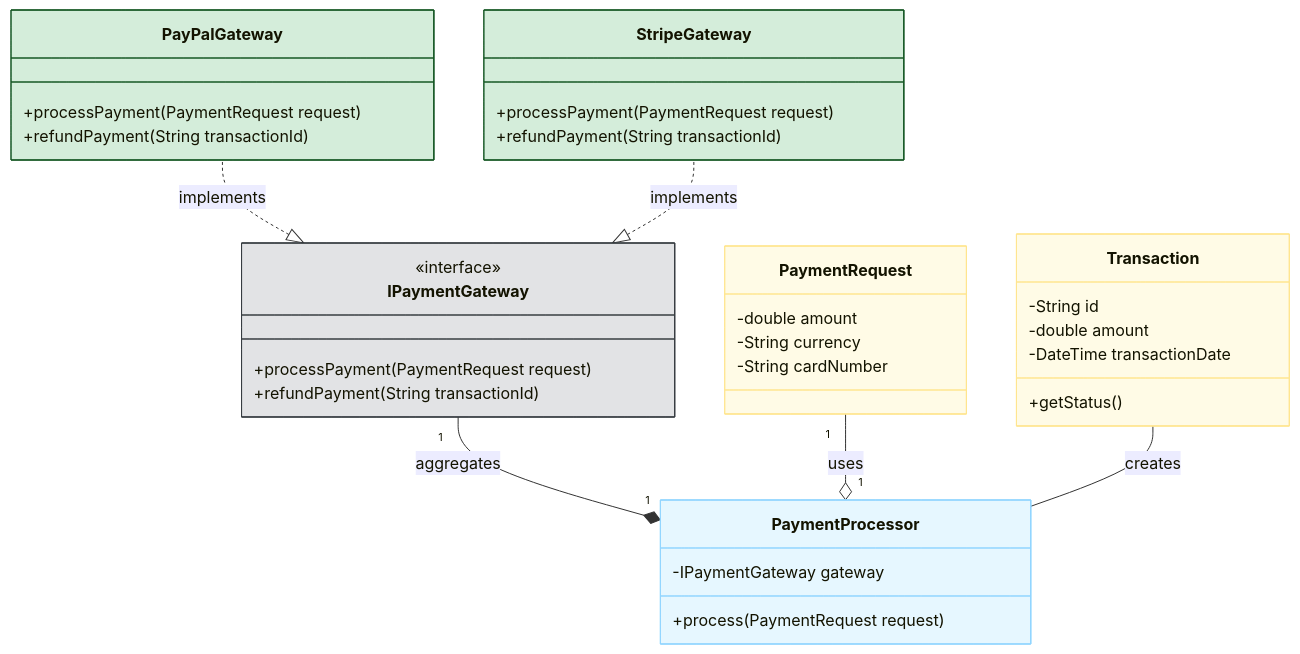
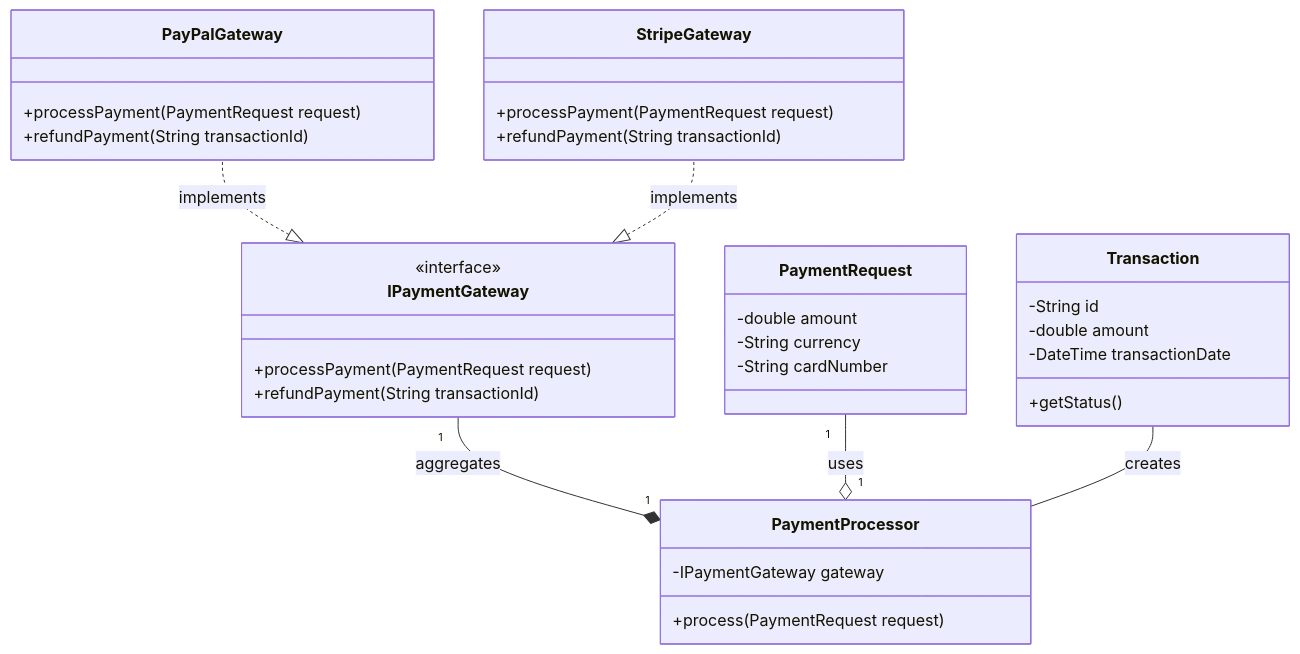
The second of 6 diagrams in docs/software-modeling/structural-modeling.md (sujith-eag/sujith-library), drawn with Mermaid before and after one commit. The commit also changed other lines of this file and 41 other files, not shown here.

First line of the commit message:
Refactor diagrams and remove redundant styles in documentation

````diff
--- a/docs/software-modeling/structural-modeling.md
+++ b/docs/software-modeling/structural-modeling.md
@@ -47,51 +47,44 @@
 ```mermaid
 classDiagram
     direction BT
 
     class IPaymentGateway {
         <<interface>>
         +processPayment(PaymentRequest request)
         +refundPayment(String transactionId)
     }
 
     class PayPalGateway {
         +processPayment(PaymentRequest request)
         +refundPayment(String transactionId)
     }
 
     class StripeGateway {
         +processPayment(PaymentRequest request)
         +refundPayment(String transactionId)
     }
 
     class PaymentProcessor {
         -IPaymentGateway gateway
         +process(PaymentRequest request)
     }
 
     class PaymentRequest {
         -double amount
         -String currency
         -String cardNumber
     }
 
     class Transaction {
         -String id
         -double amount
         -DateTime transactionDate
         +getStatus()
     }
 
     PaymentProcessor "1" o-- "1" PaymentRequest : uses
     PaymentProcessor "1" *-- "1" IPaymentGateway : aggregates
     IPaymentGateway <|.. PayPalGateway : implements
     IPaymentGateway <|.. StripeGateway : implements
     PaymentProcessor -- Transaction : creates
-
-    style IPaymentGateway fill:#e2e3e5,stroke:#383d41
-    style PayPalGateway fill:#d4edda,stroke:#155724
-    style StripeGateway fill:#d4edda,stroke:#155724
-    style PaymentProcessor fill:#e6f7ff,stroke:#91d5ff
-    style PaymentRequest fill:#fffbe6,stroke:#ffe58f
-    style Transaction fill:#fffbe6,stroke:#ffe58f
 ```
````
